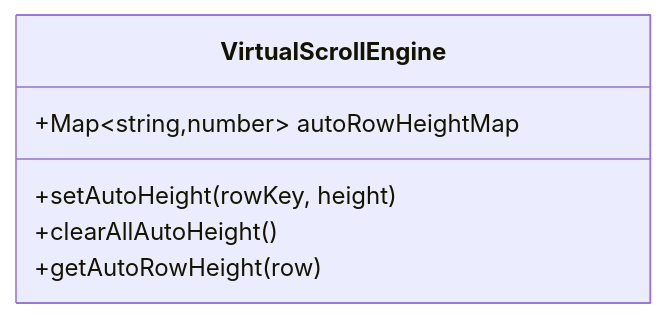
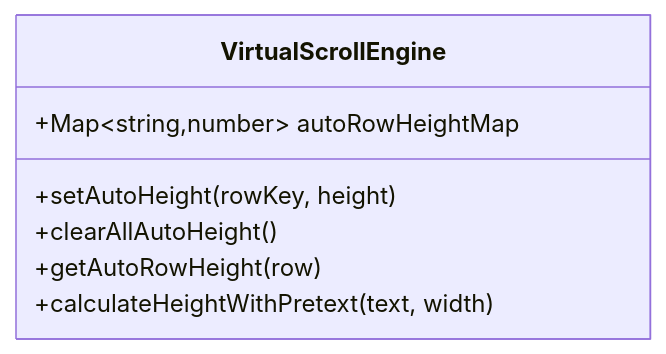
Before and after one commit to ja-plus/stk-table-vue: the fourth of 7 diagrams in .qoder/repowiki/en/content/Core Concepts/Virtual Scrolling/Auto Row Height Support.md, drawn with Mermaid. The commit also changed other lines of this file and 4 other files, not shown here.

````diff
--- a/.qoder/repowiki/en/content/Core Concepts/Virtual Scrolling/Auto Row Height Support.md
+++ b/.qoder/repowiki/en/content/Core Concepts/Virtual Scrolling/Auto Row Height Support.md
@@ -161,9 +195,10 @@
 ```mermaid
 classDiagram
 class VirtualScrollEngine {
 +Map~string,number~ autoRowHeightMap
 +setAutoHeight(rowKey, height)
 +clearAllAutoHeight()
 +getAutoRowHeight(row)
++calculateHeightWithPretext(text, width)
 }
 ```
````
